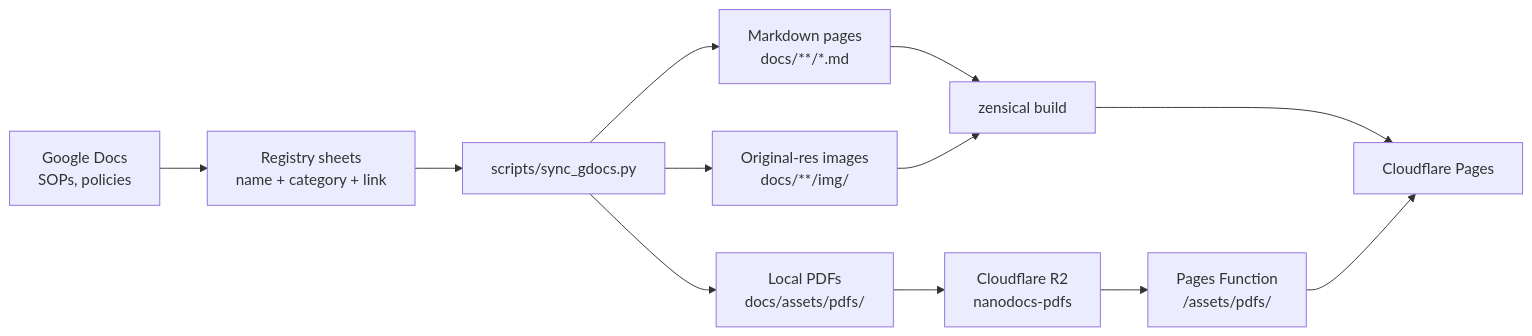
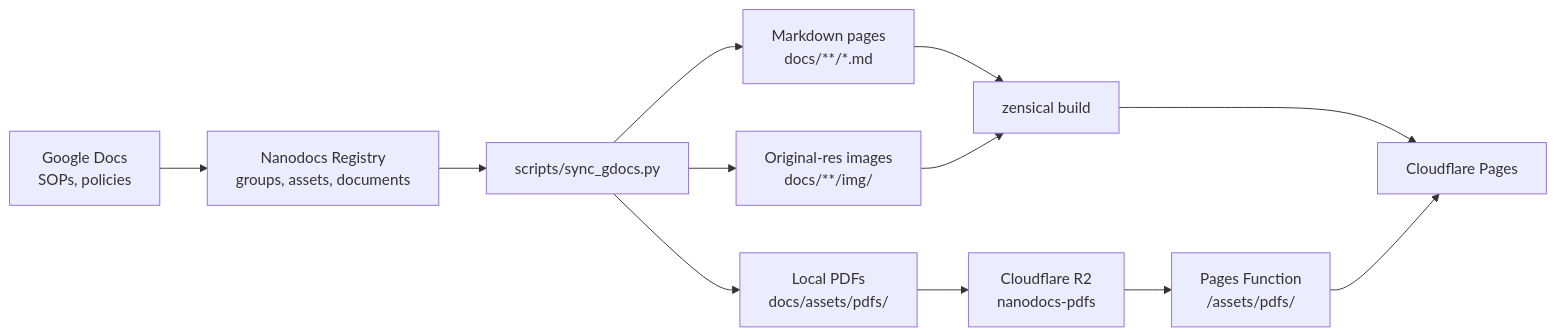
The first of 2 diagrams in README.md (asrc-nanofab/nanodocs), drawn with Mermaid before and after one commit. The commit also changed other lines of this file and 560 other files, not shown here.

First line of the commit message:
Publish pages from the Nanodocs Registry.

````diff
--- a/README.md
+++ b/README.md
@@ -13,14 +13,14 @@
 ```mermaid
 flowchart LR
-    GD[Google Docs<br/>SOPs, policies] --> REG[Registry sheets<br/>name + category + link]
+    GD[Google Docs<br/>SOPs, policies] --> REG[Nanodocs Registry<br/>groups, assets, documents]
     REG --> SYNC[scripts/sync_gdocs.py]
     SYNC --> MD[Markdown pages<br/>docs/**/*.md]
     SYNC --> IMG[Original-res images<br/>docs/**/img/]
     SYNC --> PDF[Local PDFs<br/>docs/assets/pdfs/]
     PDF --> R2[Cloudflare R2<br/>nanodocs-pdfs]
     MD --> BUILD[zensical build]
     IMG --> BUILD
     BUILD --> PAGES[Cloudflare Pages]
     R2 --> FN[Pages Function<br/>/assets/pdfs/]
     FN --> PAGES
 ```
````
